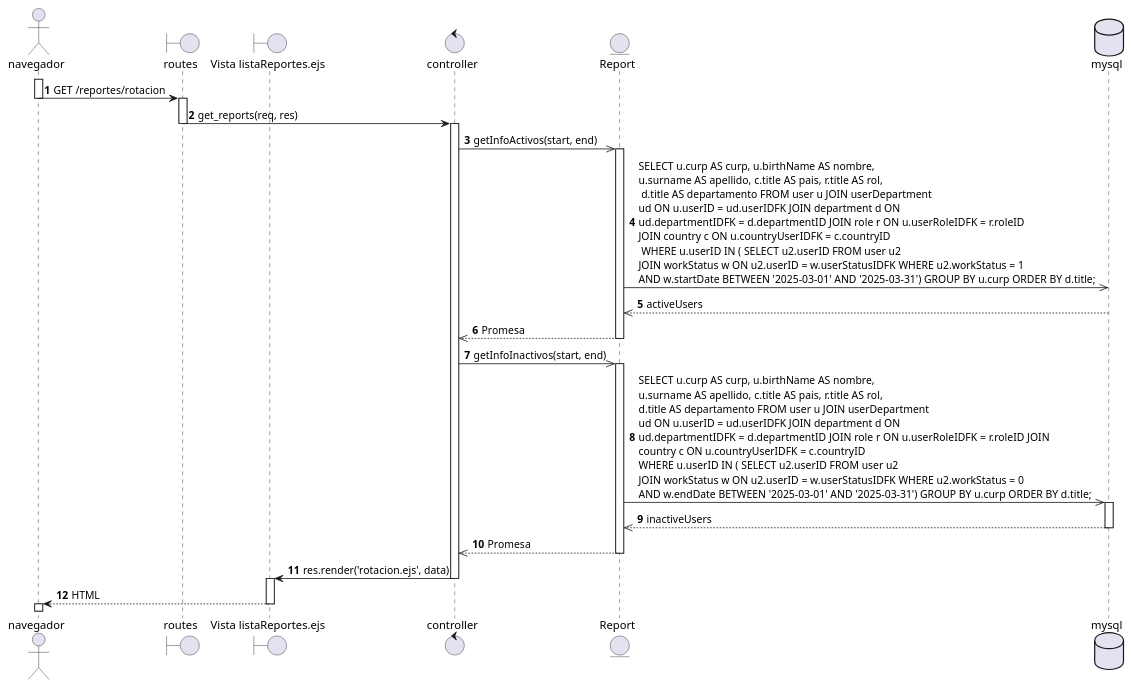
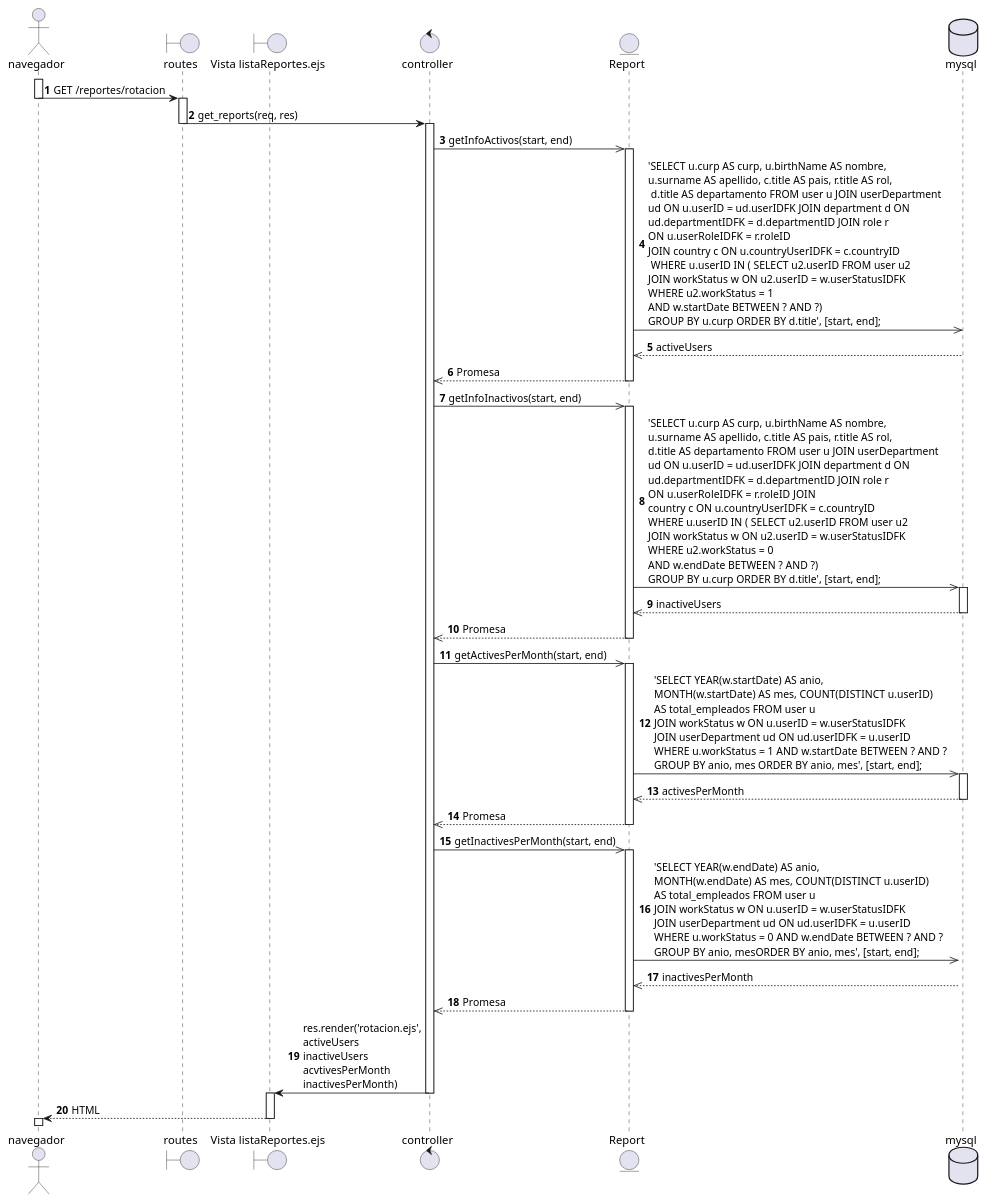
The diagram in diagrams/Casos de Uso/yael req fun/Diagramas de Secuencia/consultarReporteRotacionEmpleados.puml (EdCanCe/WorkCells), drawn with PlantUML before and after one commit.

Commit message:
Update: diagrama de secuencia de reportes para mostrar graficas

```diff
--- a/diagrams/Casos de Uso/yael req fun/Diagramas de Secuencia/consultarReporteRotacionEmpleados.puml
+++ b/diagrams/Casos de Uso/yael req fun/Diagramas de Secuencia/consultarReporteRotacionEmpleados.puml
@@ -1,45 +1,61 @@
 @startuml
 
 actor navegador
 boundary routes
 boundary "Vista listaReportes.ejs" as list
 control controller
 entity Report
 database mysql
 
 
 autonumber
 activate navegador
 navegador -> routes: GET /reportes/rotacion
 deactivate navegador
 activate routes
 routes -> controller: get_reports(req, res)
 deactivate routes
 
 activate controller
 controller ->> Report: getInfoActivos(start, end)
 activate Report
-Report ->> mysql: SELECT u.curp AS curp, u.birthName AS nombre, \nu.surname AS apellido, c.title AS pais, r.title AS rol,\n d.title AS departamento FROM user u JOIN userDepartment \nud ON u.userID = ud.userIDFK JOIN department d ON \nud.departmentIDFK = d.departmentID JOIN role r ON u.userRoleIDFK = r.roleID \nJOIN country c ON u.countryUserIDFK = c.countryID\n WHERE u.userID IN ( SELECT u2.userID FROM user u2 \nJOIN workStatus w ON u2.userID = w.userStatusIDFK WHERE u2.workStatus = 1 \nAND w.startDate BETWEEN '2025-03-01' AND '2025-03-31') GROUP BY u.curp ORDER BY d.title;
+Report ->> mysql: 'SELECT u.curp AS curp, u.birthName AS nombre, \nu.surname AS apellido, c.title AS pais, r.title AS rol,\n d.title AS departamento FROM user u JOIN userDepartment \nud ON u.userID = ud.userIDFK JOIN department d ON \nud.departmentIDFK = d.departmentID JOIN role r \nON u.userRoleIDFK = r.roleID \nJOIN country c ON u.countryUserIDFK = c.countryID\n WHERE u.userID IN ( SELECT u2.userID FROM user u2 \nJOIN workStatus w ON u2.userID = w.userStatusIDFK \nWHERE u2.workStatus = 1 \nAND w.startDate BETWEEN ? AND ?) \nGROUP BY u.curp ORDER BY d.title', [start, end];
 mysql -->> Report: activeUsers
 deactivate mysql
 Report -->> controller: Promesa
 deactivate Report
 
 controller ->> Report: getInfoInactivos(start, end)
 activate Report
-Report ->> mysql: SELECT u.curp AS curp, u.birthName AS nombre, \nu.surname AS apellido, c.title AS pais, r.title AS rol, \nd.title AS departamento FROM user u JOIN userDepartment \nud ON u.userID = ud.userIDFK JOIN department d ON \nud.departmentIDFK = d.departmentID JOIN role r ON u.userRoleIDFK = r.roleID JOIN \ncountry c ON u.countryUserIDFK = c.countryID \nWHERE u.userID IN ( SELECT u2.userID FROM user u2 \nJOIN workStatus w ON u2.userID = w.userStatusIDFK WHERE u2.workStatus = 0 \nAND w.endDate BETWEEN '2025-03-01' AND '2025-03-31') GROUP BY u.curp ORDER BY d.title;
+Report ->> mysql: 'SELECT u.curp AS curp, u.birthName AS nombre, \nu.surname AS apellido, c.title AS pais, r.title AS rol, \nd.title AS departamento FROM user u JOIN userDepartment \nud ON u.userID = ud.userIDFK JOIN department d ON \nud.departmentIDFK = d.departmentID JOIN role r \nON u.userRoleIDFK = r.roleID JOIN \ncountry c ON u.countryUserIDFK = c.countryID \nWHERE u.userID IN ( SELECT u2.userID FROM user u2 \nJOIN workStatus w ON u2.userID = w.userStatusIDFK \nWHERE u2.workStatus = 0 \nAND w.endDate BETWEEN ? AND ?) \nGROUP BY u.curp ORDER BY d.title', [start, end];
 activate mysql
 mysql -->> Report: inactiveUsers
 deactivate mysql
 Report -->> controller: Promesa
 deactivate Report
 
+controller ->> Report: getActivesPerMonth(start, end)
+activate Report
+Report ->> mysql: 'SELECT YEAR(w.startDate) AS anio, \nMONTH(w.startDate) AS mes, COUNT(DISTINCT u.userID) \nAS total_empleados FROM user u \nJOIN workStatus w ON u.userID = w.userStatusIDFK \nJOIN userDepartment ud ON ud.userIDFK = u.userID \nWHERE u.workStatus = 1 AND w.startDate BETWEEN ? AND ? \nGROUP BY anio, mes ORDER BY anio, mes', [start, end];
+activate mysql
+mysql -->> Report: activesPerMonth
+deactivate mysql
+Report -->> controller: Promesa
+deactivate Report
 
-controller -> list: res.render('rotacion.ejs', data)
+controller ->> Report: getInactivesPerMonth(start, end)
+activate Report
+Report ->> mysql: 'SELECT YEAR(w.endDate) AS anio, \nMONTH(w.endDate) AS mes, COUNT(DISTINCT u.userID) \nAS total_empleados FROM user u \nJOIN workStatus w ON u.userID = w.userStatusIDFK \nJOIN userDepartment ud ON ud.userIDFK = u.userID \nWHERE u.workStatus = 0 AND w.endDate BETWEEN ? AND ? \nGROUP BY anio, mesORDER BY anio, mes', [start, end];
+activate mysql
+mysql -->> Report: inactivesPerMonth
+Report -->> controller: Promesa
+deactivate Report
+
+controller -> list: res.render('rotacion.ejs', \nactiveUsers \ninactiveUsers \nacvtivesPerMonth \ninactivesPerMonth)
 deactivate controller
 activate list
 list --> navegador: HTML
 deactivate list
 activate navegador
 
 @enduml
```
